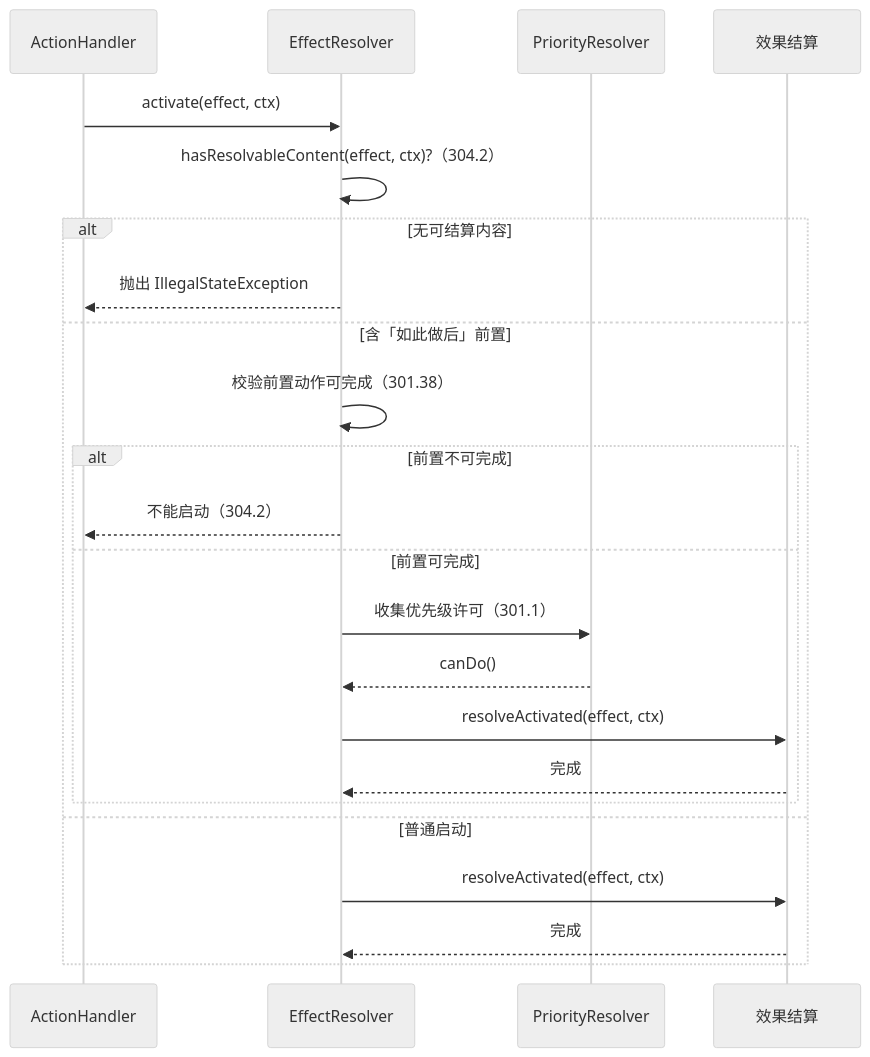
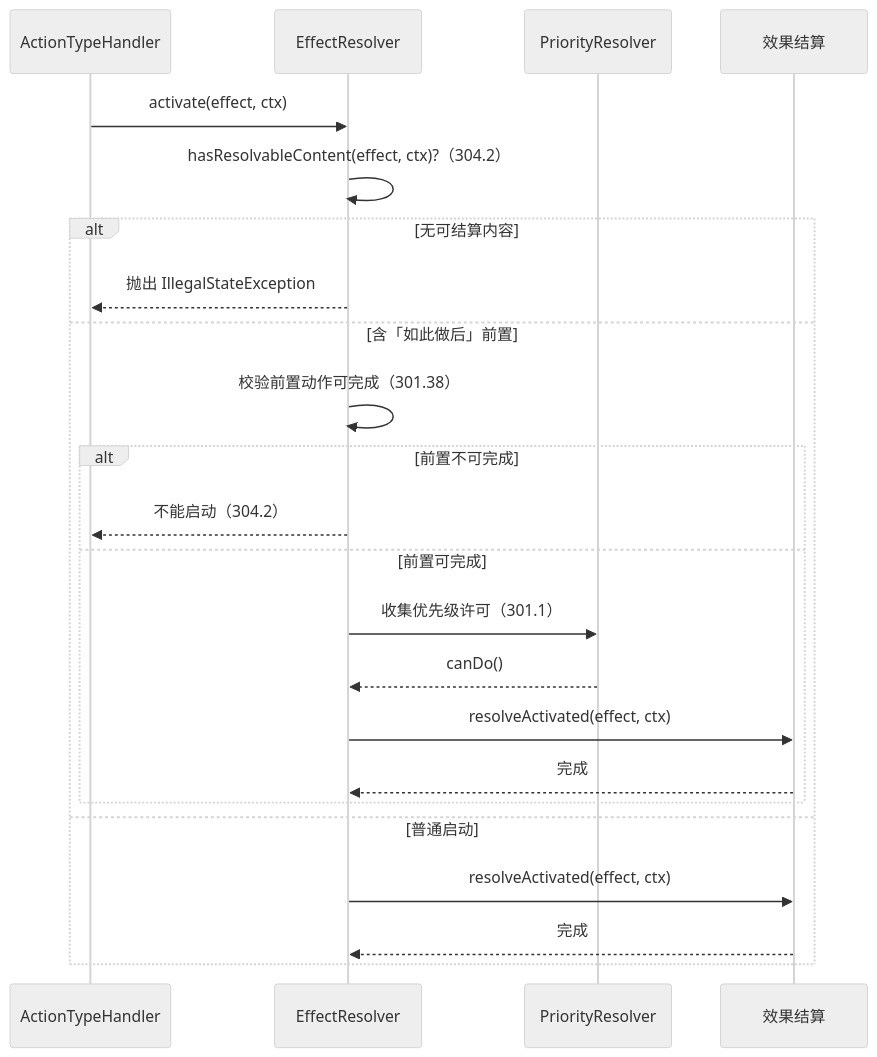
One commit to yuJunOk/mtcg changed the third of 3 diagrams in docs/设计文档/08-详细设计-迭代六-效果系统与关键词能力.md. Above: the diagram before and after it, drawn with Mermaid (neutral theme). The commit also changed other lines of this file and 7 other files, not shown here.

First line of the commit message:
refactor(engine): 重命名 ActionHandler 为 ActionPhaseHandler，更新相关文档与代码

````diff
--- a/docs/设计文档/08-详细设计-迭代六-效果系统与关键词能力.md
+++ b/docs/设计文档/08-详细设计-迭代六-效果系统与关键词能力.md
@@ -1232,26 +1232,26 @@
 ```mermaid
 sequenceDiagram
-    participant AH as ActionHandler
+    participant AH as ActionTypeHandler
     participant ER as EffectResolver
     participant PR as PriorityResolver
     participant Eff as 效果结算
 
     AH->>ER: activate(effect, ctx)
     ER->>ER: hasResolvableContent(effect, ctx)?（304.2）
     alt 无可结算内容
         ER-->>AH: 抛出 IllegalStateException
     else 含「如此做后」前置
         ER->>ER: 校验前置动作可完成（301.38）
         alt 前置不可完成
             ER-->>AH: 不能启动（304.2）
         else 前置可完成
             ER->>PR: 收集优先级许可（301.1）
             PR-->>ER: canDo()
             ER->>Eff: resolveActivated(effect, ctx)
             Eff-->>ER: 完成
         end
     else 普通启动
         ER->>Eff: resolveActivated(effect, ctx)
         Eff-->>ER: 完成
     end
 ```
````
